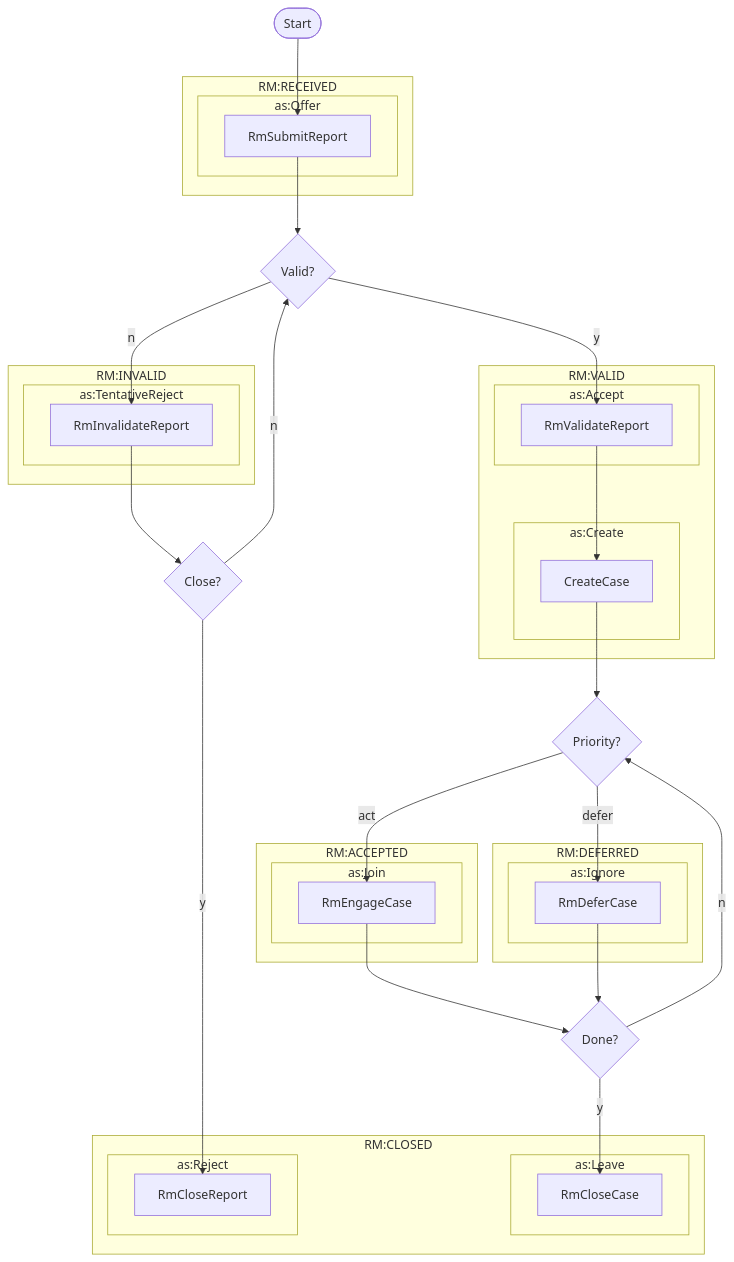
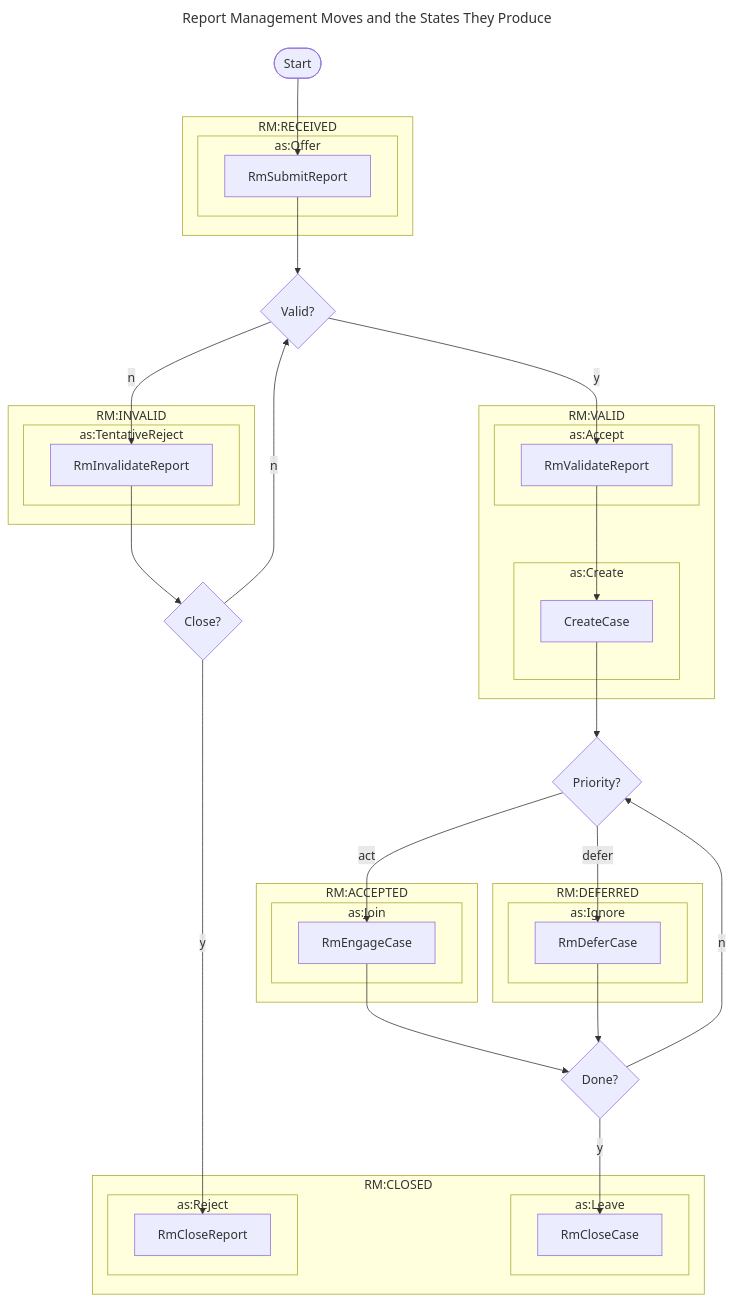
Before and after one commit to CERTCC/Vultron: the diagram in docs/howto/activitypub/activities/manage_case.md, drawn with Mermaid. The commit also changed other lines of this file and 20 other files, not shown here.

````diff
--- a/docs/howto/activitypub/activities/manage_case.md
+++ b/docs/howto/activitypub/activities/manage_case.md
@@ -26,60 +26,63 @@
 ```mermaid
+---
+title: Report Management Moves and the States They Produce
+---
 flowchart TB
     subgraph RM:RECEIVED
         subgraph as:Offer
             RmSubmitReport
         end
     end
     subgraph RM:VALID
         subgraph as:Accept
             RmValidateReport
         end
         subgraph as:Create
             CreateCase
         end
     end
     subgraph RM:INVALID
         subgraph as:TentativeReject
             RmInvalidateReport
         end
     end
     subgraph RM:ACCEPTED
         subgraph as:Join
             RmEngageCase
         end
     end
     subgraph RM:DEFERRED
         subgraph as:Ignore
             RmDeferCase
         end
     end
     subgraph RM:CLOSED
         subgraph as:Leave
             RmCloseCase
         end
         subgraph as:Reject
             RmCloseReport
         end
     end
 
     d{Done?}
     c{Close?}
     p{Priority?}
     v{Valid?}
     start([Start])
     start --> RmSubmitReport
     RmSubmitReport --> v
     v -->|y| RmValidateReport
     v -->|n| RmInvalidateReport
     RmInvalidateReport --> c
     c -->|y| RmCloseReport
     RmValidateReport --> CreateCase
     CreateCase --> p
     p -->|act| RmEngageCase
     d -->|n| p
     p -->|defer| RmDeferCase
     RmEngageCase --> d
     RmDeferCase --> d
     c -->|n| v
     d -->|y| RmCloseCase
 ```
````
